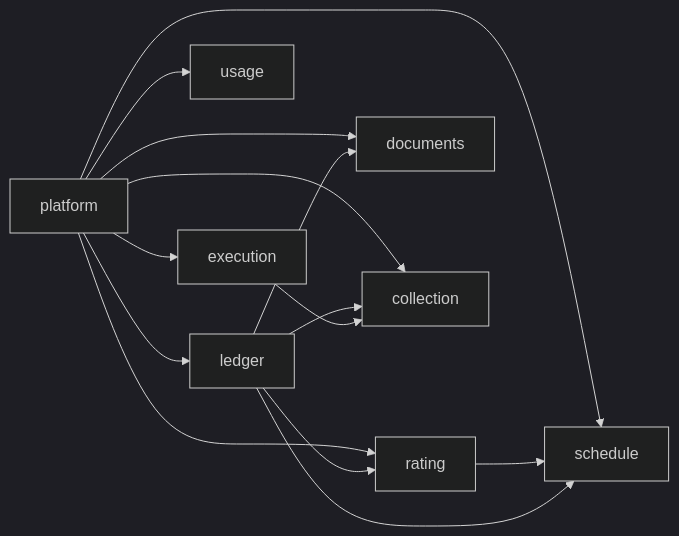
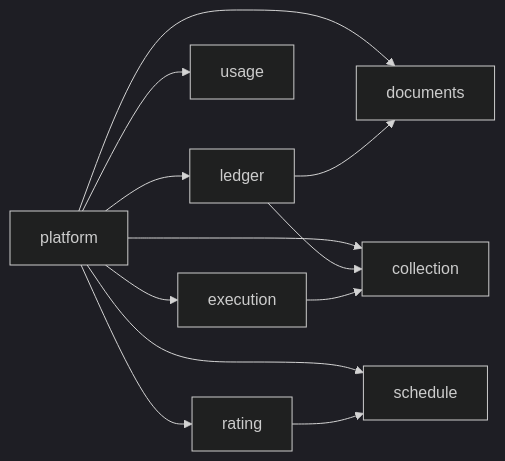
The diagram in docs/architecture/module-composition.md (axiomasoft/billium), drawn with Mermaid (dark theme) before and after one commit. The commit also changed 7 other files, not shown here.

Commit message:
chore(f0): baseline and sync architecture docs with modules manifest

````diff
--- a/docs/architecture/module-composition.md
+++ b/docs/architecture/module-composition.md
@@ -22,16 +22,14 @@
 ```mermaid
 flowchart LR
     platform --> ledger
     platform --> usage
     platform --> rating
-    ledger --> rating
     platform --> schedule
     rating --> schedule
-    ledger --> schedule
     platform --> documents
     ledger --> documents
     platform --> execution
     platform --> collection
     ledger --> collection
     execution --> collection
 ```
````
